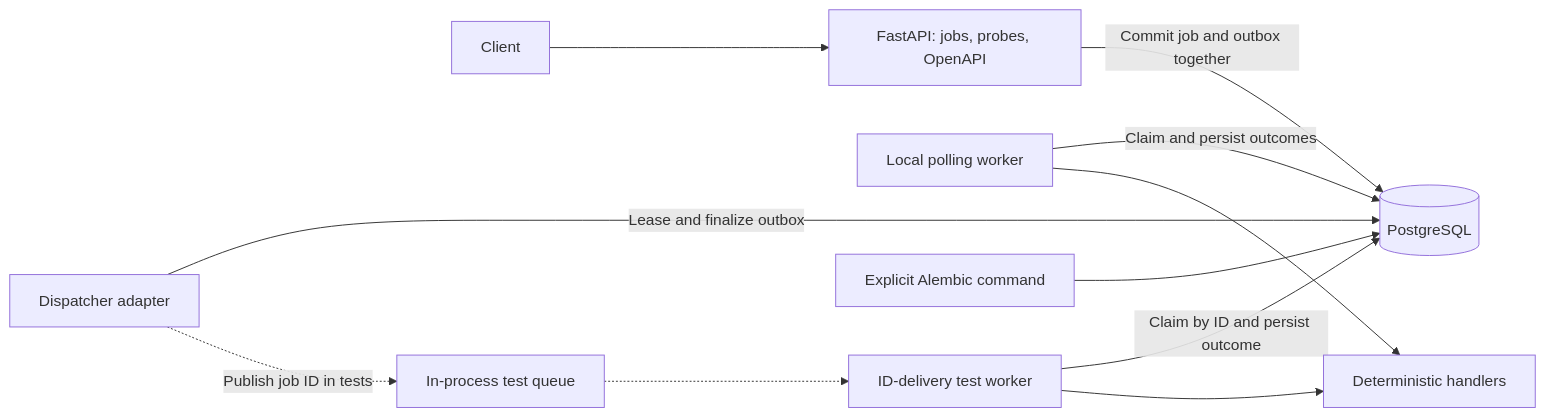
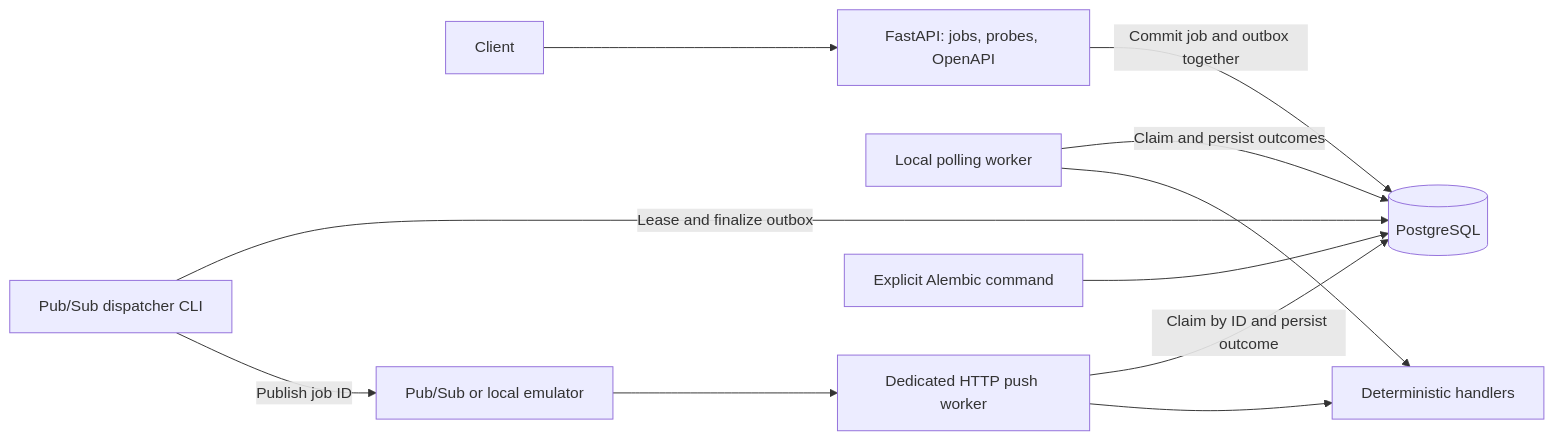
Before and after one commit to Erem32/Distributed-Cloud-Scheduler: the diagram in README.md, drawn with Mermaid. The commit also changed other lines of this file and 19 other files, not shown here.

Commit message:
feat: complete milestone 6 with Pub/Sub publishing and push execution

````diff
--- a/README.md
+++ b/README.md
@@ -13,13 +14,13 @@
 ```mermaid
 flowchart LR
     Client --> API[FastAPI: jobs, probes, OpenAPI]
     API -->|Commit job and outbox together| DB[(PostgreSQL)]
     Worker[Local polling worker] -->|Claim and persist outcomes| DB
     Worker --> Tasks[Deterministic handlers]
-    Dispatcher[Dispatcher adapter] -->|Lease and finalize outbox| DB
-    Dispatcher -.->|Publish job ID in tests| Queue[In-process test queue]
-    Queue -.-> Delivery[ID-delivery test worker]
+    Dispatcher[Pub/Sub dispatcher CLI] -->|Lease and finalize outbox| DB
+    Dispatcher -->|Publish job ID| Queue[Pub/Sub or local emulator]
+    Queue --> Delivery[Dedicated HTTP push worker]
     Delivery -->|Claim by ID and persist outcome| DB
     Delivery --> Tasks
     Migrations[Explicit Alembic command] --> DB
 ```
````
